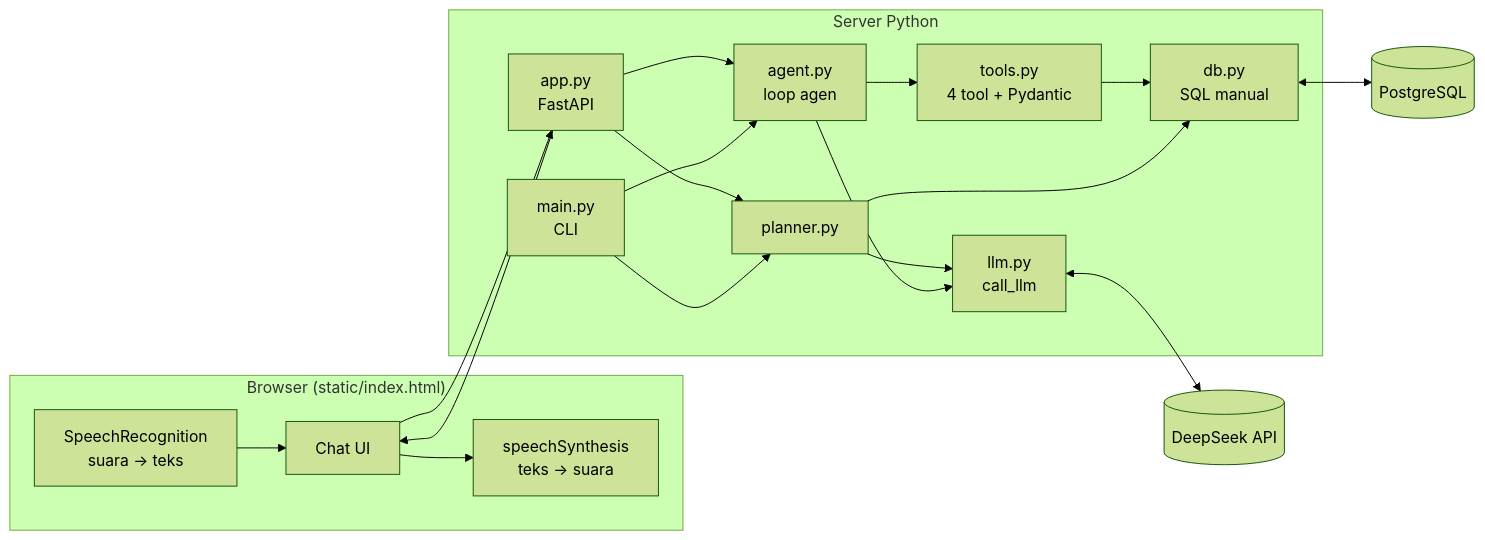
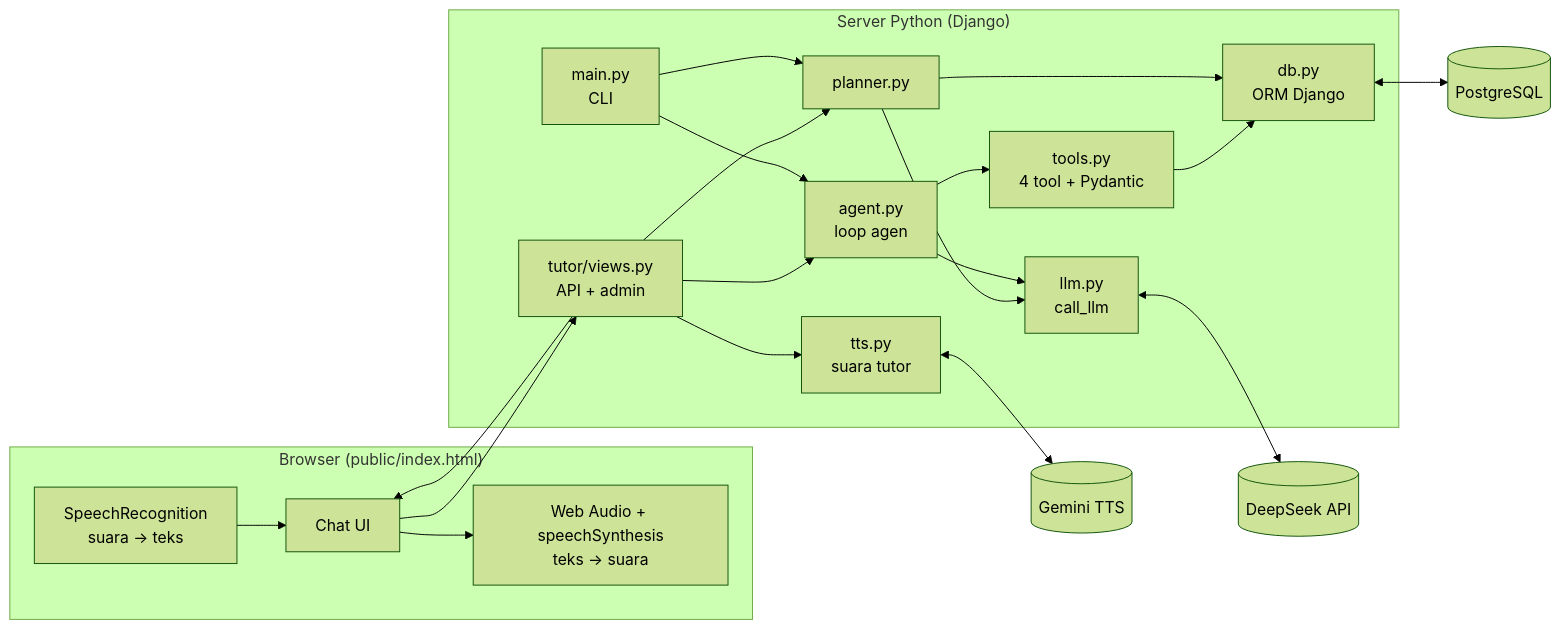
One commit to 2500016085-GuspiAnanda/AI-English-Tutor changed the first of 2 diagrams in README.md. Above: the diagram before and after it, drawn with Mermaid (forest theme). The commit also changed other lines of this file and 1 other file, not shown here.

Commit message:
Dokumentasi: README dan CLAUDE.md untuk Django, panel admin, dan suara Gemini

````diff
--- a/README.md
+++ b/README.md
@@ -34,27 +41,29 @@
 ```mermaid
 flowchart LR
-    subgraph Browser["Browser (static/index.html)"]
+    subgraph Browser["Browser (public/index.html)"]
         UI[Chat UI]
         STT[SpeechRecognition<br/>suara → teks]
-        TTS[speechSynthesis<br/>teks → suara]
+        TTS[Web Audio + speechSynthesis<br/>teks → suara]
     end
-    subgraph Server["Server Python"]
-        API[app.py<br/>FastAPI]
+    subgraph Server["Server Python (Django)"]
+        API[tutor/views.py<br/>API + admin]
+        VOX[tts.py<br/>suara tutor]
         CLI[main.py<br/>CLI]
         AG[agent.py<br/>loop agen]
         PL[planner.py]
         TL[tools.py<br/>4 tool + Pydantic]
         LLM[llm.py<br/>call_llm]
-        DB[db.py<br/>SQL manual]
+        DB[db.py<br/>ORM Django]
     end
     STT --> UI --> API
     API --> UI --> TTS
     API --> PL & AG
+    API --> VOX <--> GM[(Gemini TTS)]
     CLI --> PL & AG
     PL --> LLM
     AG --> LLM
     AG --> TL --> DB
     PL --> DB
     LLM <--> DS[(DeepSeek API)]
     DB <--> PG[(PostgreSQL)]
 ```
````
